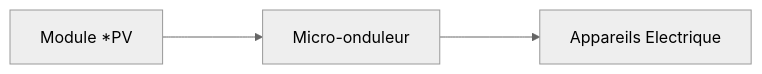
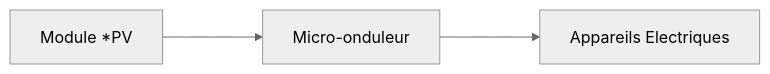
One commit to Khamouge/TP-Maitrise-des-Energies---EI-Polytech-Sorbonne changed the first of 2 diagrams in README.md. Above: the diagram before and after it, drawn with Mermaid (neutral theme).

````diff
--- a/README.md
+++ b/README.md
@@ -9,5 +9,5 @@
 ```mermaid
 graph LR
 A[Module *PV] ---> B[Micro-onduleur]
-B ---> C[Appareils Electrique]
+B ---> C[Appareils Electriques]
 ```
````
